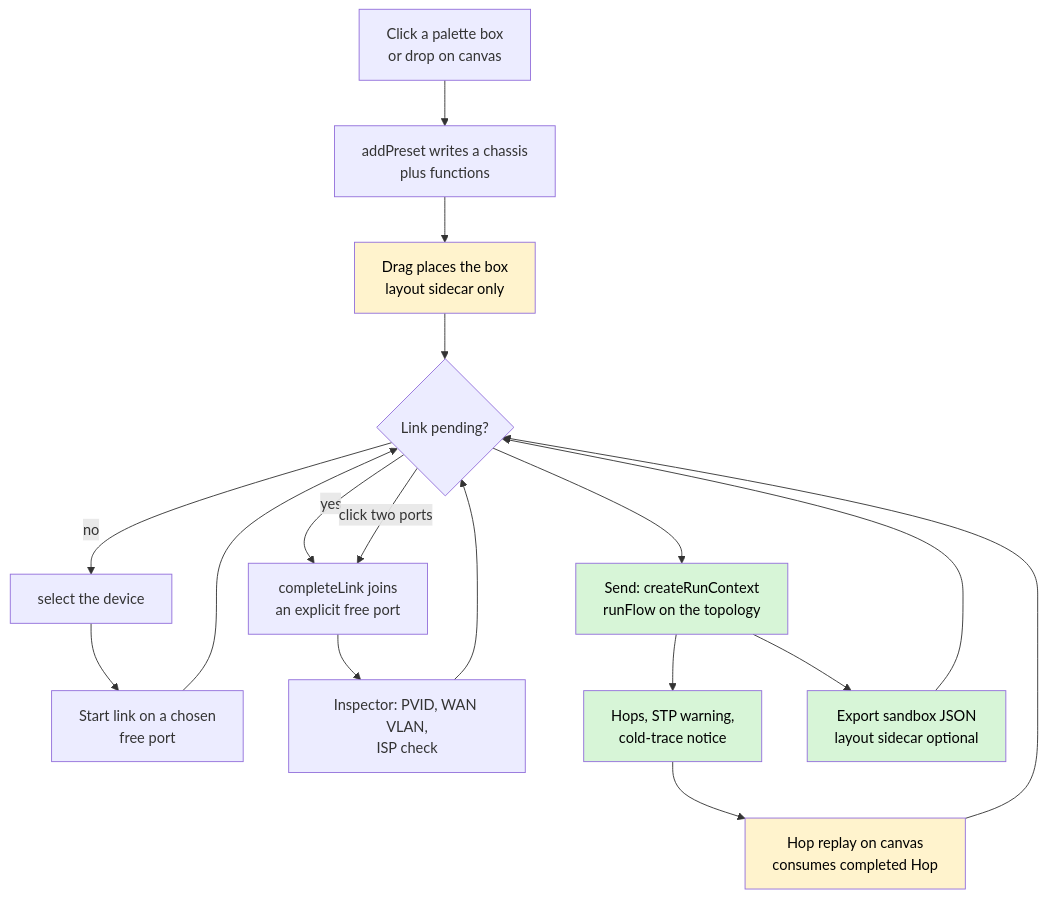
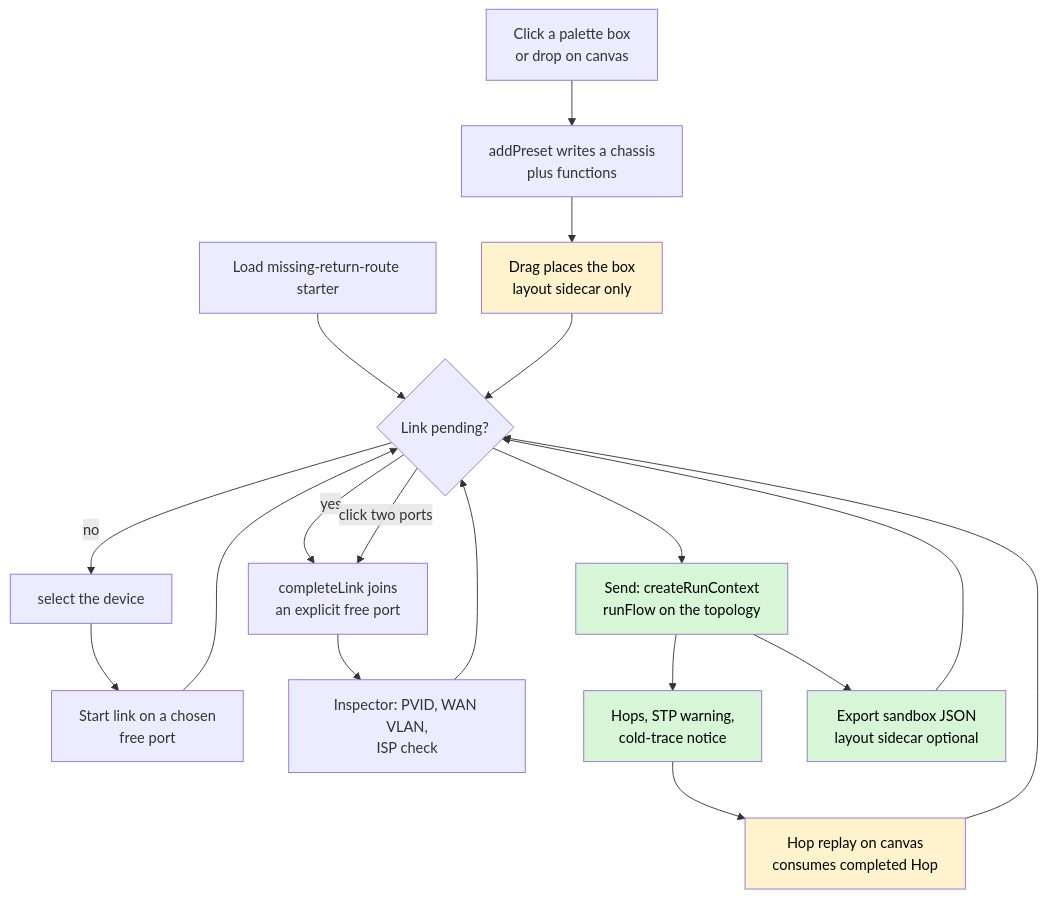
Before and after one commit to alanfong93/network-sandbox: the third of 3 diagrams in docs/system_flow.md, drawn with Mermaid. The commit also changed other lines of this file and 8 other files, not shown here.

Commit message:
feat: starter topology with NAT off and missing return route (#141) (#142)

````diff
--- a/docs/system_flow.md
+++ b/docs/system_flow.md
@@ -152,24 +152,25 @@
 ```mermaid
 flowchart TD
     PA[Click a palette box<br>or drop on canvas] --> AP[addPreset writes a chassis<br>plus functions]
+    STT[Load missing-return-route starter] --> SE
     AP --> DR[Drag places the box<br>layout sidecar only]
     DR --> SE{Link pending?}
     SE -->|yes| CL[completeLink joins<br>an explicit free port]
     SE -->|click two ports| CL
     SE -->|no| SL[select the device]
     SL --> ST[Start link on a chosen<br>free port]
     ST --> SE
     CL --> IN[Inspector: PVID, WAN VLAN,<br>ISP check]
     IN --> SE
     SE --> SD[Send: createRunContext<br>runFlow on the topology]
     SD --> HO[Hops, STP warning,<br>cold-trace notice]
     HO --> RP[Hop replay on canvas<br>consumes completed Hop]
     RP --> SE
     SD --> EX[Export sandbox JSON<br>layout sidecar optional]
     EX --> SE
     style SD fill:#d7f5d7,color:#000
     style HO fill:#d7f5d7,color:#000
     style EX fill:#d7f5d7,color:#000
     style RP fill:#fff3cd,color:#000
     style DR fill:#fff3cd,color:#000
 ```
````
